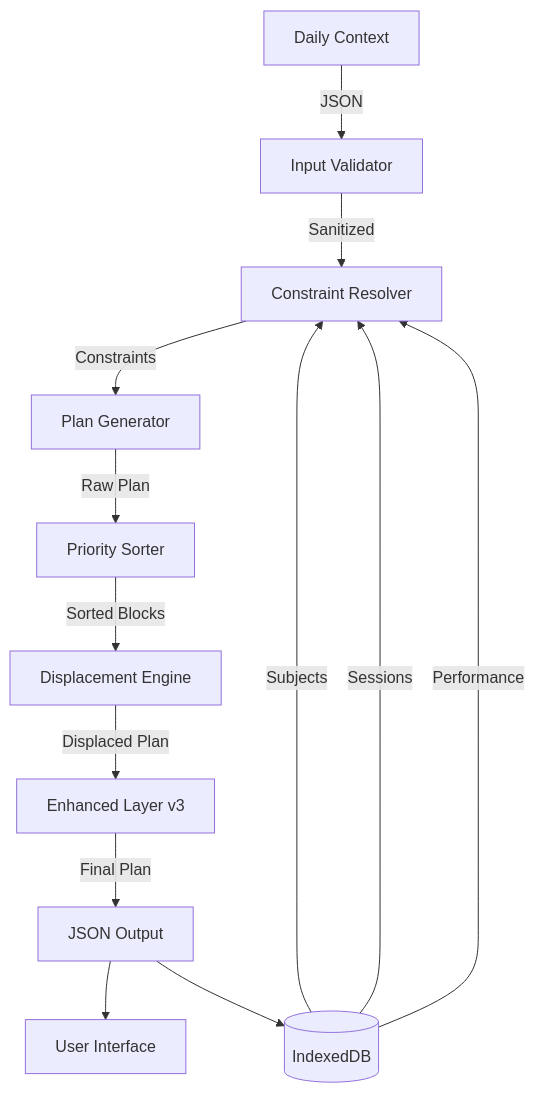
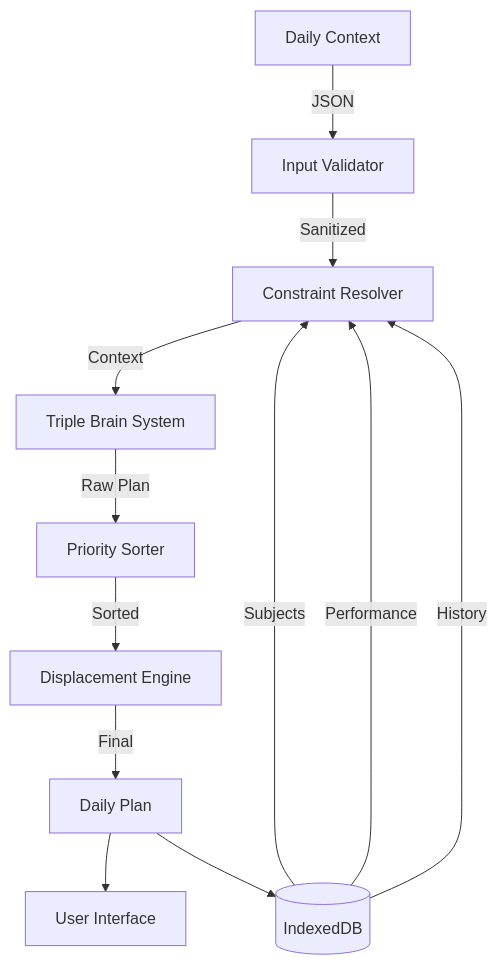
One commit to santoshcheethiralame-dot/ORBIT changed the diagram in BRAIN.md. Above: the diagram before and after it, drawn with Mermaid. The commit also changed other lines of this file and 12 other files, not shown here.

````diff
--- a/BRAIN.md
+++ b/BRAIN.md
@@ -40,18 +40,17 @@
 ```mermaid
 graph TD
     Input[Daily Context] -->|JSON| Validator[Input Validator]
     Validator -->|Sanitized| Resolver[Constraint Resolver]
     
     DB[(IndexedDB)] -->|Subjects| Resolver
-    DB -->|Sessions| Resolver
     DB -->|Performance| Resolver
+    DB -->|History| Resolver
     
-    Resolver -->|Constraints| Generator[Plan Generator]
-    Generator -->|Raw Plan| Sorter[Priority Sorter]
-    Sorter -->|Sorted Blocks| Displacement[Displacement Engine]
-    Displacement -->|Displaced Plan| Enhanced[Enhanced Layer v3]
-    Enhanced -->|Final Plan| Output[JSON Output]
+    Resolver -->|Context| Brain[Triple Brain System]
+    Brain -->|Raw Plan| Sorter[Priority Sorter]
+    Sorter -->|Sorted| Displacement[Displacement Engine]
+    Displacement -->|Final| Output[Daily Plan]
     
     Output --> UI[User Interface]
     Output --> DB
 ```
````
